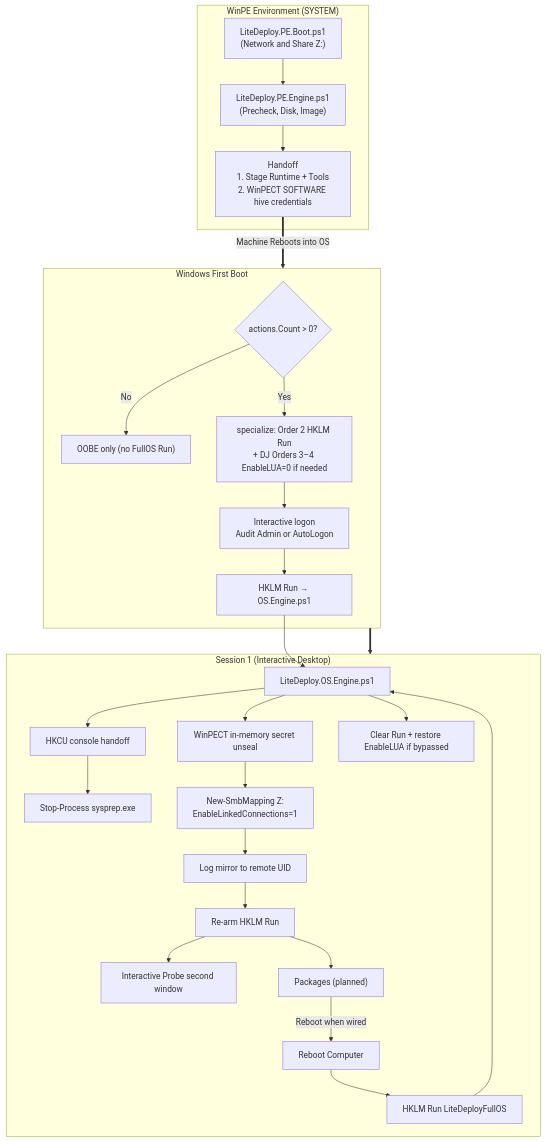
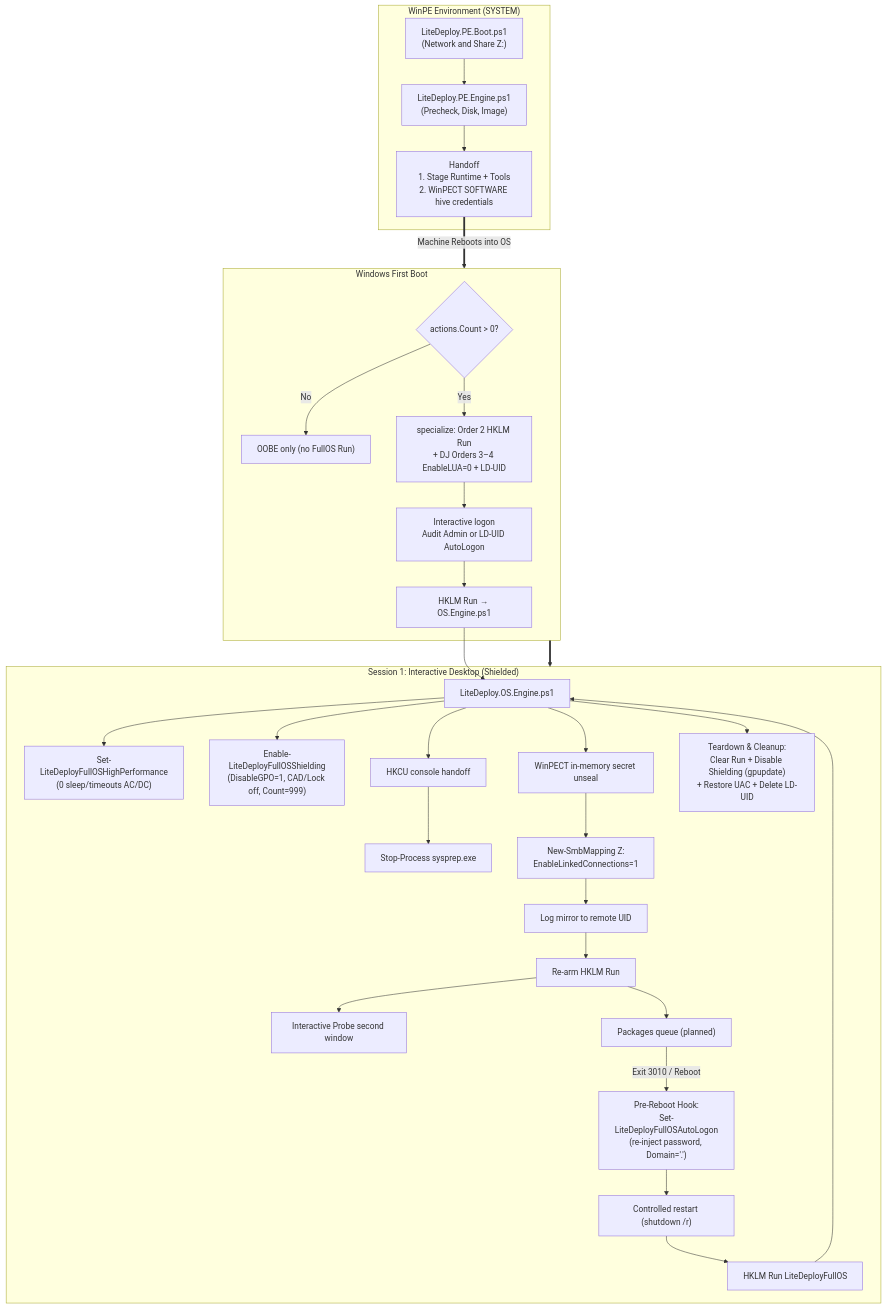
The second of 6 diagrams in _Docs/architecture/LITEDEPLOY_DEPLOYMENT_DIAGRAM.md (cmartineztech/LiteDeploy.Core), drawn with Mermaid before and after one commit. The commit also changed other lines of this file and 6 other files, not shown here.

Commit message:
docs(diagrams): synchronize all lifecycle and statechart diagrams with v2 shielding and reboot hook

````diff
--- a/_Docs/architecture/LITEDEPLOY_DEPLOYMENT_DIAGRAM.md
+++ b/_Docs/architecture/LITEDEPLOY_DEPLOYMENT_DIAGRAM.md
@@ -90,34 +103,37 @@
 ```mermaid
 graph TD
     subgraph WinPE ["WinPE Environment (SYSTEM)"]
         Boot["LiteDeploy.PE.Boot.ps1<br/>(Network and Share Z:)"] --> Engine["LiteDeploy.PE.Engine.ps1<br/>(Precheck, Disk, Image)"]
         Engine --> Handoff["Handoff<br/>1. Stage Runtime + Tools<br/>2. WinPECT SOFTWARE hive credentials"]
     end
 
     subgraph WindowsFirstBoot ["Windows First Boot"]
         ActionsGate{"actions.Count > 0?"}
         ActionsGate -->|No| OOBE["OOBE only (no FullOS Run)"]
-        ActionsGate -->|Yes| Specialize["specialize: Order 2 HKLM Run<br/>+ DJ Orders 3–4 EnableLUA=0 if needed"]
-        Specialize --> Logon["Interactive logon<br/>Audit Admin or AutoLogon"]
+        ActionsGate -->|Yes| Specialize["specialize: Order 2 HKLM Run<br/>+ DJ Orders 3–4 EnableLUA=0 + LD-UID"]
+        Specialize --> Logon["Interactive logon<br/>Audit Admin or LD-UID AutoLogon"]
         Logon --> FullOSLaunch["HKLM Run → OS.Engine.ps1"]
     end
 
-    subgraph Session1 ["Session 1 (Interactive Desktop)"]
+    subgraph Session1 ["Session 1: Interactive Desktop (Shielded)"]
         FullOSLaunch --> FullOS["LiteDeploy.OS.Engine.ps1"]
+        FullOS --> Power["Set-LiteDeployFullOSHighPerformance<br/>(0 sleep/timeouts AC/DC)"]
+        FullOS --> Shield["Enable-LiteDeployFullOSShielding<br/>(DisableGPO=1, CAD/Lock off, Count=999)"]
         FullOS --> ConsoleHost["HKCU console handoff"]
         ConsoleHost --> KillSysprep["Stop-Process sysprep.exe"]
         FullOS --> Unseal["WinPECT in-memory secret unseal"]
         Unseal --> MountZ["New-SmbMapping Z:<br/>EnableLinkedConnections=1"]
         MountZ --> Mirror["Log mirror to remote UID"]
         Mirror --> Arm["Re-arm HKLM Run"]
         Arm --> Probe["Interactive Probe second window"]
-        Arm --> Pkg["Packages (planned)"]
-        Pkg -->|Reboot when wired| RebootLoop["Reboot Computer"]
+        Arm --> Pkg["Packages queue (planned)"]
+        Pkg -->|Exit 3010 / Reboot| PreReboot["Pre-Reboot Hook:<br/>Set-LiteDeployFullOSAutoLogon<br/>(re-inject password, Domain='.')"]
+        PreReboot --> RebootLoop["Controlled restart (shutdown /r)"]
         RebootLoop --> RunKey["HKLM Run LiteDeployFullOS"]
         RunKey --> FullOS
-        FullOS --> Cleanup["Clear Run + restore EnableLUA if bypassed"]
+        FullOS --> Cleanup["Teardown & Cleanup:<br/>Clear Run + Disable Shielding (gpupdate)<br/>+ Restore UAC + Delete LD-UID"]
     end
 
     Handoff ==>|Machine Reboots into OS| WindowsFirstBoot
     WindowsFirstBoot ==> Session1
 ```
````
